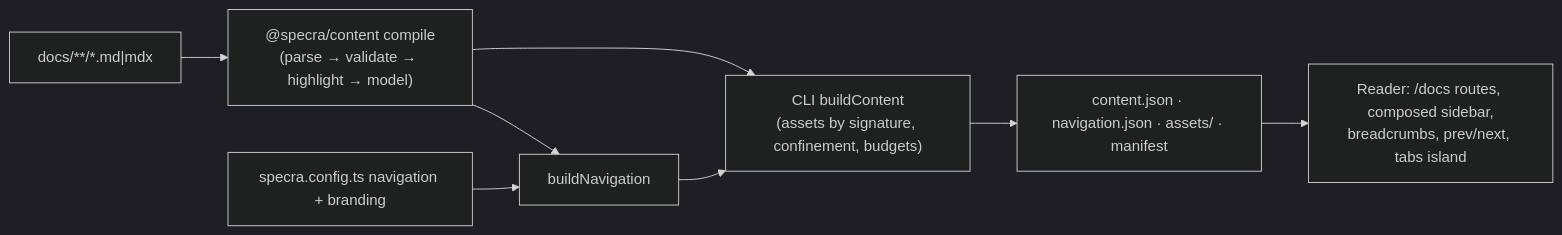
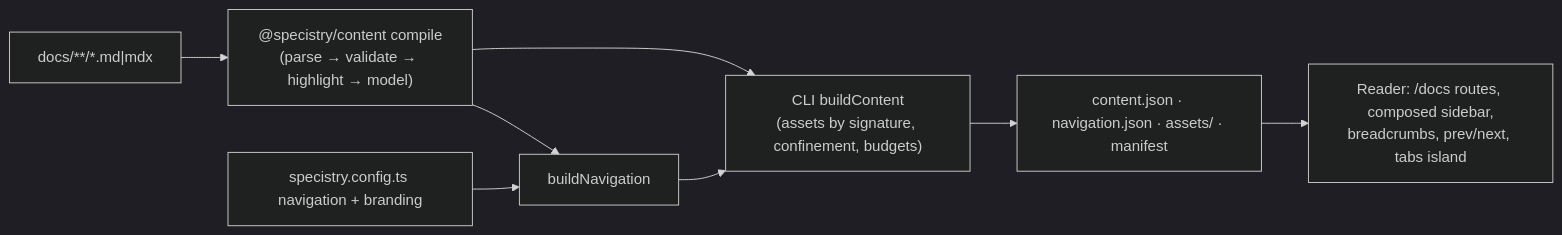
The eighth of 12 diagrams in docs/architecture/README.md (yannisyoussef/specistry), drawn with Mermaid (dark theme) before and after one commit. The commit also changed other lines of this file and 329 other files, not shown here.

````diff
--- a/docs/architecture/README.md
+++ b/docs/architecture/README.md
@@ -199,10 +199,10 @@
 ```mermaid
 flowchart LR
-  docs["docs/**/*.md|mdx"] --> content["@specra/content compile\n(parse → validate → highlight → model)"]
-  config["specra.config.ts navigation + branding"] --> nav["buildNavigation"]
+  docs["docs/**/*.md|mdx"] --> content["@specistry/content compile\n(parse → validate → highlight → model)"]
+  config["specistry.config.ts navigation + branding"] --> nav["buildNavigation"]
   content --> nav
   content --> cli["CLI buildContent\n(assets by signature, confinement, budgets)"]
   nav --> cli
   cli --> artifacts["content.json · navigation.json · assets/ · manifest"]
   artifacts --> reader["Reader: /docs routes, composed sidebar,\nbreadcrumbs, prev/next, tabs island"]
 ```
````
